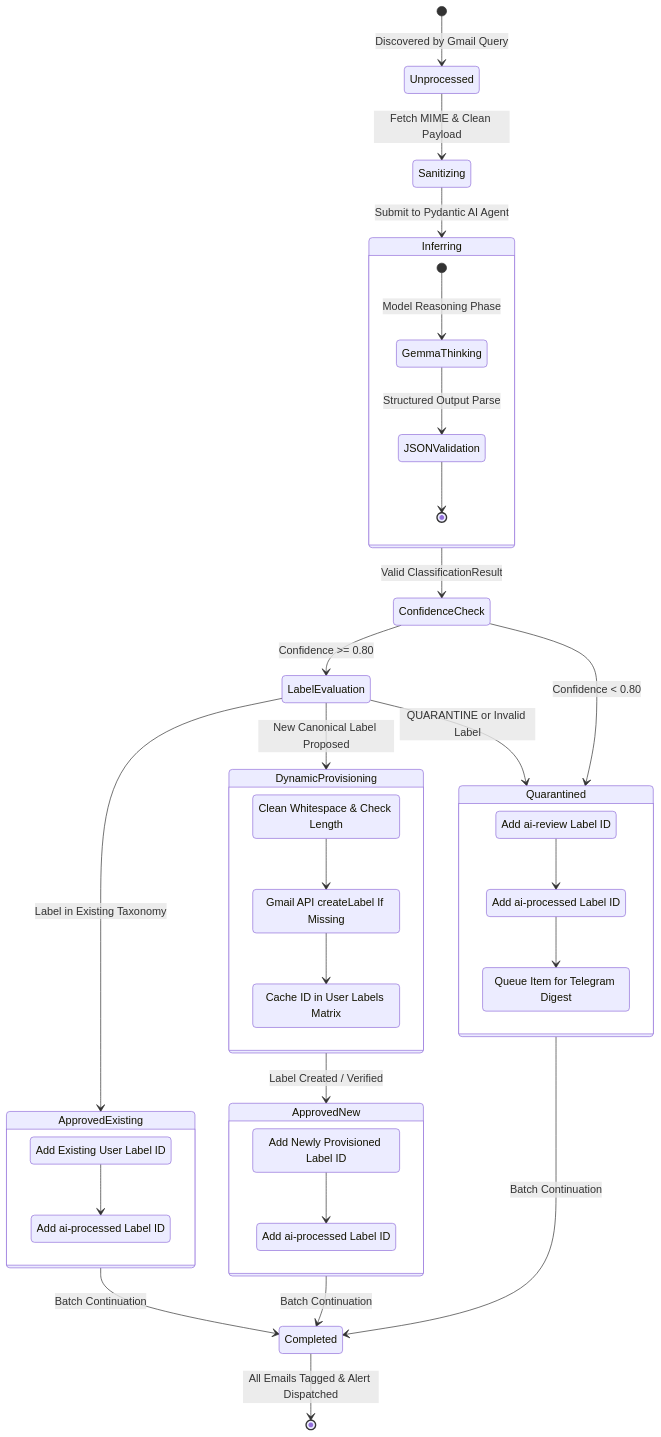
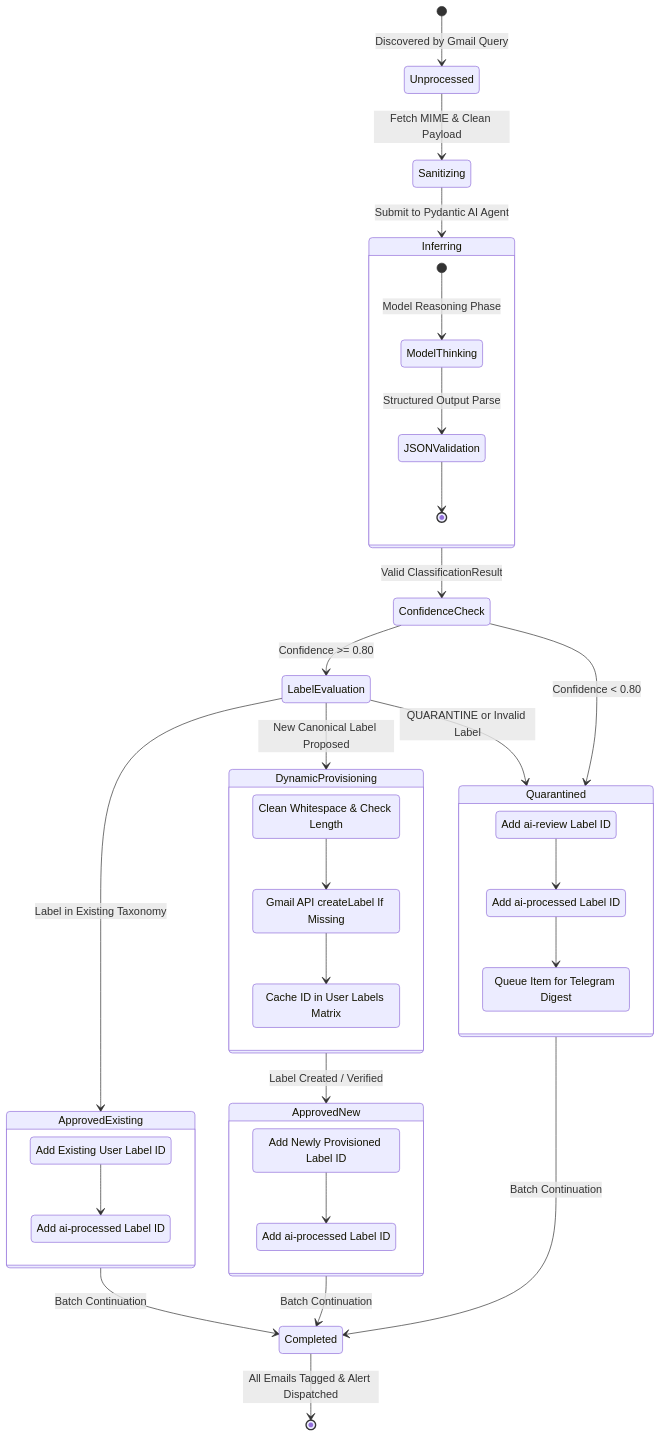
The fourth of 4 diagrams in docs/src/content/docs/explanation/gmail-classifier.md (nsudhanva/homelab), drawn with Mermaid before and after one commit. The commit also changed other lines of this file and 7 other files, not shown here.

````diff
--- a/docs/src/content/docs/explanation/gmail-classifier.md
+++ b/docs/src/content/docs/explanation/gmail-classifier.md
@@ -212,58 +212,58 @@
 ```mermaid
 stateDiagram-v2
     [*] --> Unprocessed: Discovered by Gmail Query
     Unprocessed --> Sanitizing: Fetch MIME & Clean Payload
     Sanitizing --> Inferring: Submit to Pydantic AI Agent
 
     state Inferring {
-        [*] --> GemmaThinking: Model Reasoning Phase
-        GemmaThinking --> JSONValidation: Structured Output Parse
+        [*] --> ModelThinking: Model Reasoning Phase
+        ModelThinking --> JSONValidation: Structured Output Parse
         JSONValidation --> [*]
     }
 
     Inferring --> ConfidenceCheck: Valid ClassificationResult
 
     state ConfidenceCheck <<choice>>
     ConfidenceCheck --> LabelEvaluation: Confidence >= 0.80
     ConfidenceCheck --> Quarantined: Confidence < 0.80
 
     state LabelEvaluation <<choice>>
     LabelEvaluation --> ApprovedExisting: Label in Existing Taxonomy
     LabelEvaluation --> DynamicProvisioning: New Canonical Label Proposed
     LabelEvaluation --> Quarantined: QUARANTINE or Invalid Label
 
     state DynamicProvisioning {
         SanitizeLabel: Clean Whitespace & Check Length
         EnsureGmailLabel: Gmail API createLabel If Missing
         CacheLabelId: Cache ID in User Labels Matrix
         SanitizeLabel --> EnsureGmailLabel
         EnsureGmailLabel --> CacheLabelId
     }
 
     DynamicProvisioning --> ApprovedNew: Label Created / Verified
 
     state ApprovedExisting {
         ApplyExistingLabel: Add Existing User Label ID
         ApplyExistingProcessed: Add ai-processed Label ID
         ApplyExistingLabel --> ApplyExistingProcessed
     }
 
     state ApprovedNew {
         ApplyCreatedLabel: Add Newly Provisioned Label ID
         ApplyCreatedProcessed: Add ai-processed Label ID
         ApplyCreatedLabel --> ApplyCreatedProcessed
     }
 
     state Quarantined {
         ApplyReviewLabel: Add ai-review Label ID
         ApplyProcessedQuarantine: Add ai-processed Label ID
         LogAlert: Queue Item for Telegram Digest
         ApplyReviewLabel --> ApplyProcessedQuarantine
         ApplyProcessedQuarantine --> LogAlert
     }
 
     ApprovedExisting --> Completed: Batch Continuation
     ApprovedNew --> Completed: Batch Continuation
     Quarantined --> Completed: Batch Continuation
     Completed --> [*]: All Emails Tagged & Alert Dispatched
 ```
````
